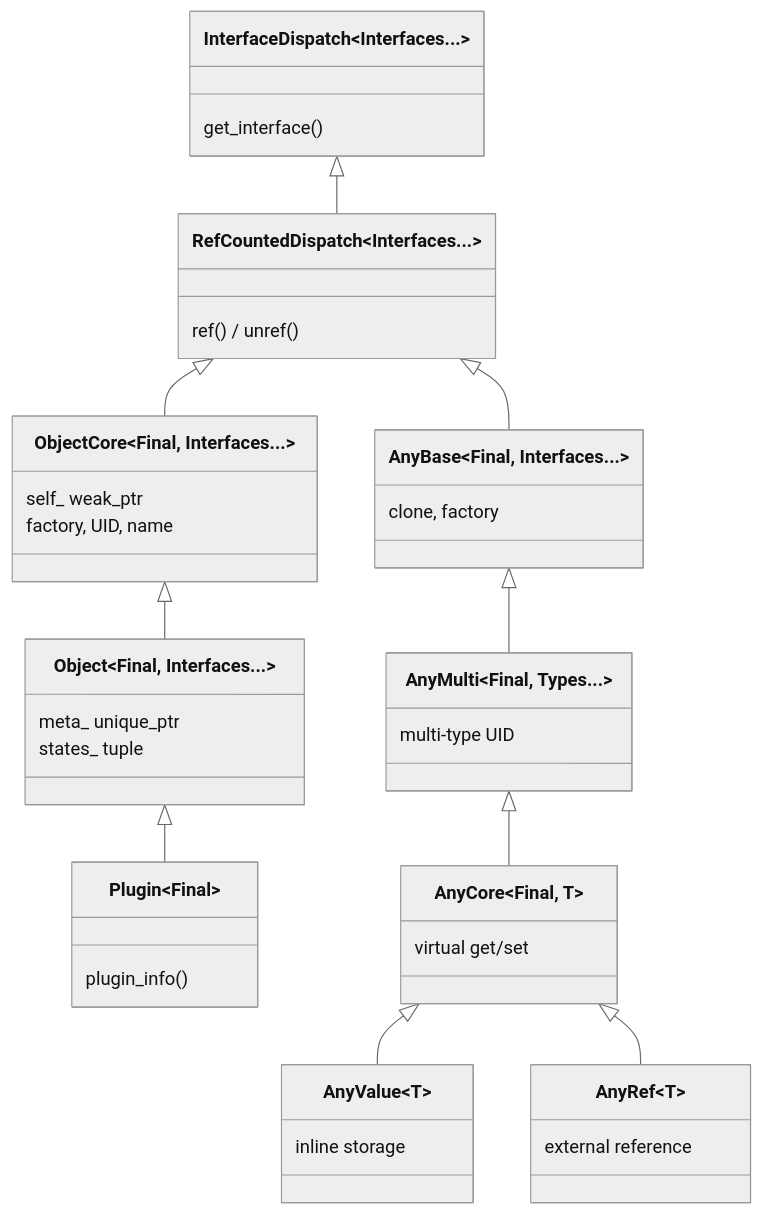
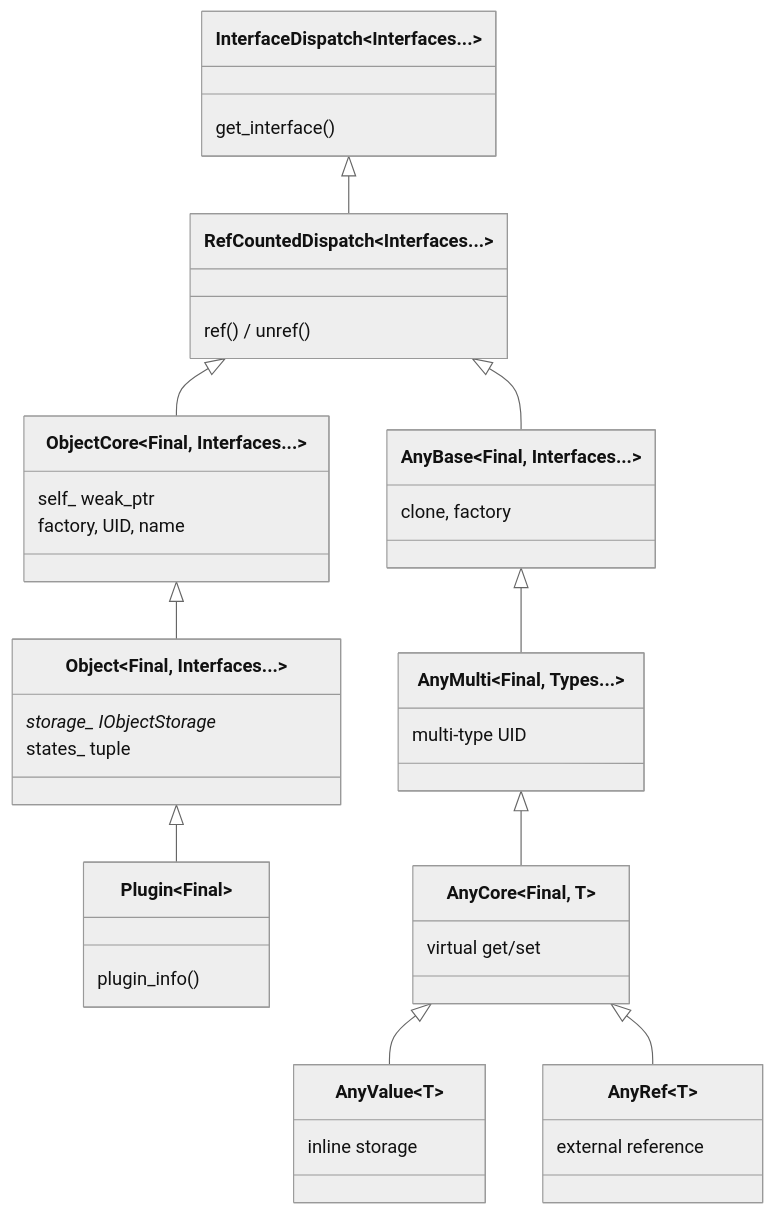
Before and after one commit to ljaaskela/strata: the third of 3 diagrams in docs/architecture.md, drawn with Mermaid (neutral theme). The commit also changed other lines of this file and 32 other files, not shown here.

````diff
--- a/docs/architecture.md
+++ b/docs/architecture.md
@@ -200,51 +210,51 @@
 ```mermaid
 classDiagram
     direction TB
 
     class InterfaceDispatch~Interfaces...~ {
         get_interface()
     }
     class RefCountedDispatch~Interfaces...~ {
         ref() / unref()
     }
 
     class ObjectCore~Final, Interfaces...~ {
         self_ weak_ptr
         factory, UID, name
     }
     class Object~Final, Interfaces...~ {
-        meta_ unique_ptr
+        storage_ IObjectStorage*
         states_ tuple
     }
     class Plugin~Final~ {
         plugin_info()
     }
 
     class AnyBase~Final, Interfaces...~ {
         clone, factory
     }
     class AnyMulti~Final, Types...~ {
         multi-type UID
     }
     class AnyCore~Final, T~ {
         virtual get/set
     }
     class AnyValue~T~ {
         inline storage
     }
     class AnyRef~T~ {
         external reference
     }
 
     InterfaceDispatch <|-- RefCountedDispatch
 
     RefCountedDispatch <|-- ObjectCore
     ObjectCore <|-- Object
     Object <|-- Plugin
 
     RefCountedDispatch <|-- AnyBase
     AnyBase <|-- AnyMulti
     AnyMulti <|-- AnyCore
     AnyCore <|-- AnyValue
     AnyCore <|-- AnyRef
 ```
````
